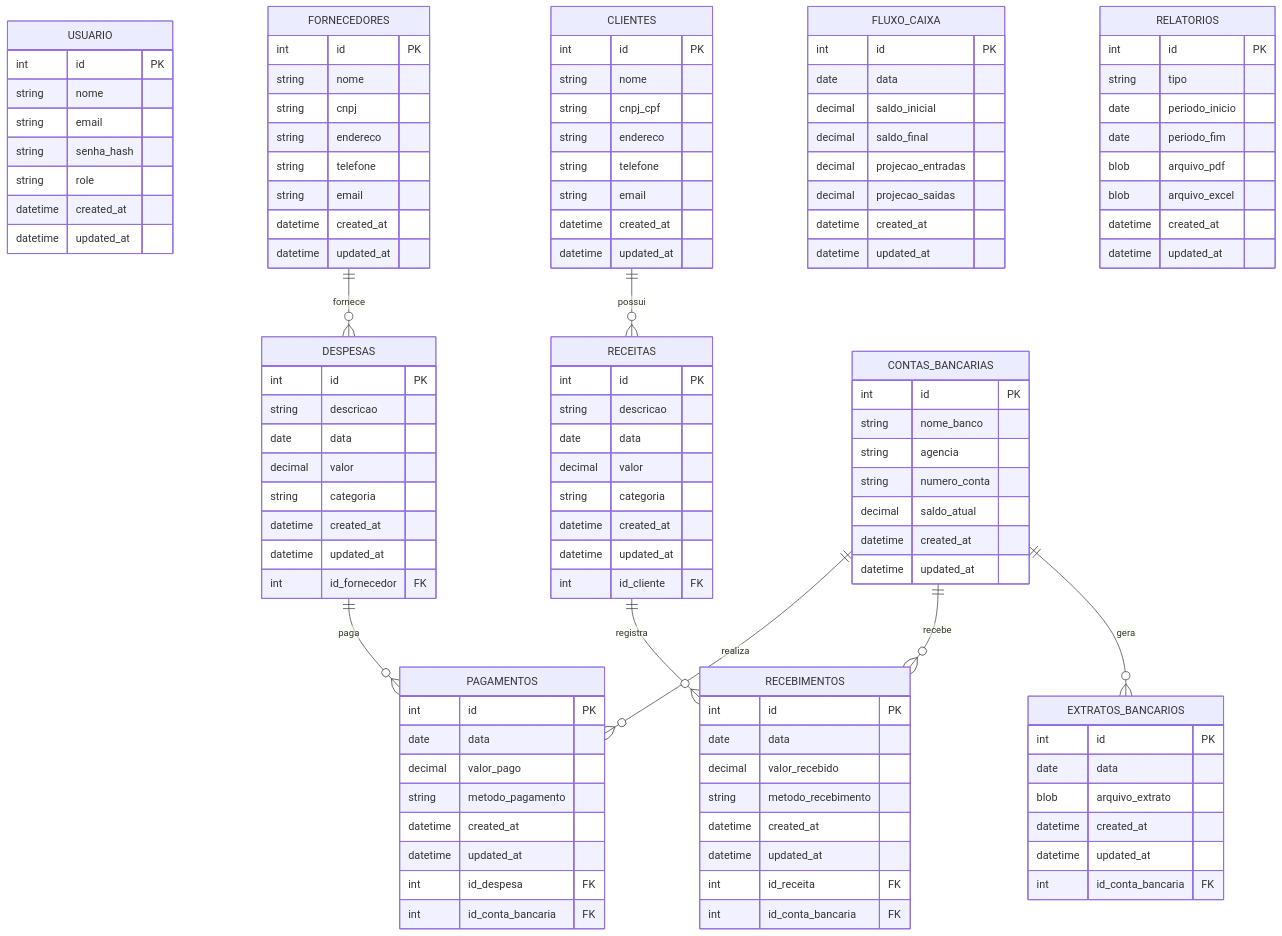
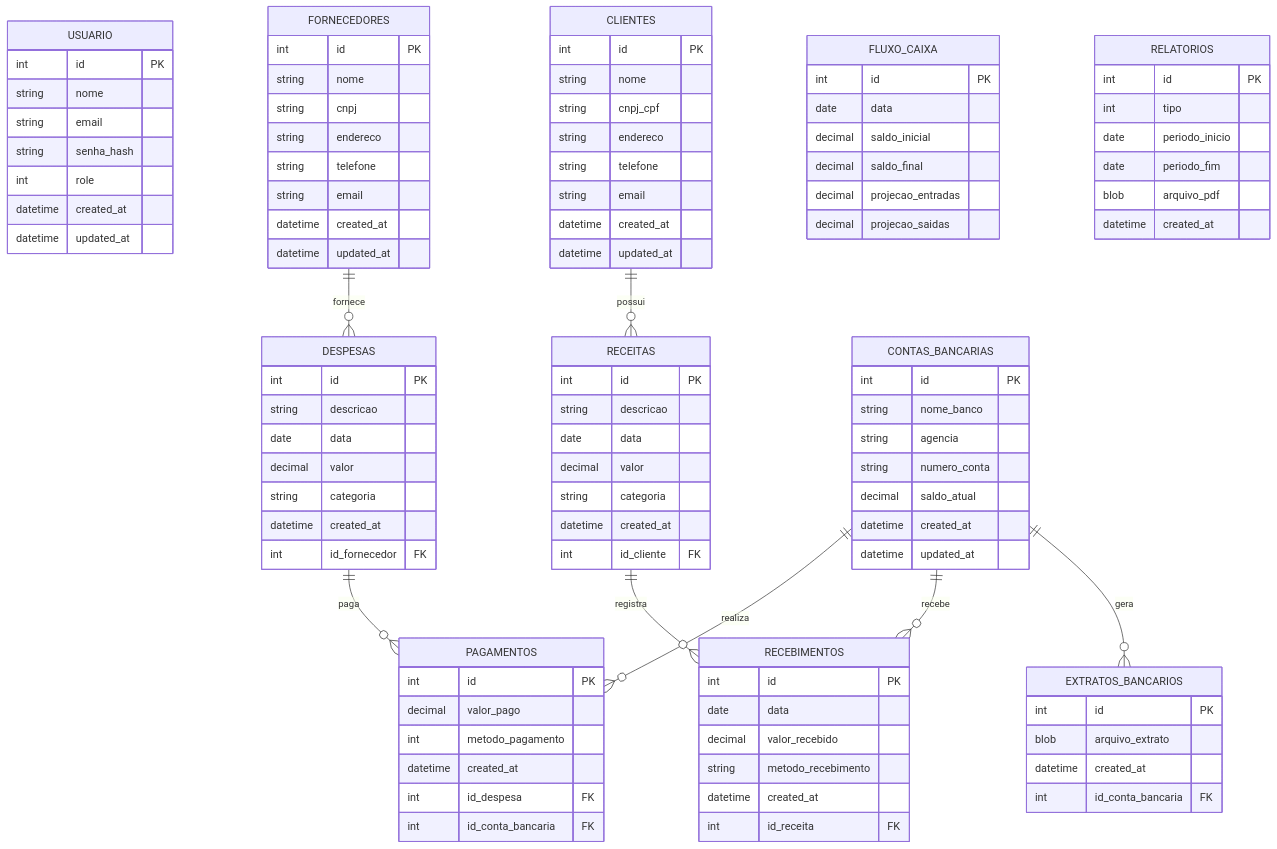
One commit to Gabriela-Amaro/Sistema-Mugiwara changed the diagram in README.MC.md. Above: the diagram before and after it, drawn with Mermaid.

```diff
--- a/README.MC.md
+++ b/README.MC.md
@@ -9,7 +9,7 @@
         string nome
         string email
         string senha_hash
-        string role
+        int role
         datetime created_at
         datetime updated_at
     }
@@ -32,17 +32,14 @@
         decimal valor
         string categoria
         datetime created_at
-        datetime updated_at
         int id_fornecedor FK
     }
     
     PAGAMENTOS {
         int id PK
-        date data
         decimal valor_pago
-        string metodo_pagamento
+        int metodo_pagamento
         datetime created_at
-        datetime updated_at
         int id_despesa FK
         int id_conta_bancaria FK
     }
@@ -65,7 +62,6 @@
         decimal valor
         string categoria
         datetime created_at
-        datetime updated_at
         int id_cliente FK
     }
     
@@ -75,9 +71,7 @@
         decimal valor_recebido
         string metodo_recebimento
         datetime created_at
-        datetime updated_at
         int id_receita FK
-        int id_conta_bancaria FK
     }
     
     FLUXO_CAIXA {
@@ -87,19 +81,15 @@
         decimal saldo_final
         decimal projecao_entradas
         decimal projecao_saidas
-        datetime created_at
-        datetime updated_at
     }
     
     RELATORIOS {
         int id PK
-        string tipo
+        int tipo
         date periodo_inicio
         date periodo_fim
         blob arquivo_pdf
-        blob arquivo_excel
         datetime created_at
-        datetime updated_at
     }
     
     CONTAS_BANCARIAS {
@@ -114,10 +104,8 @@
     
     EXTRATOS_BANCARIOS {
         int id PK
-        date data
         blob arquivo_extrato
         datetime created_at
-        datetime updated_at
         int id_conta_bancaria FK
     }
     
```
